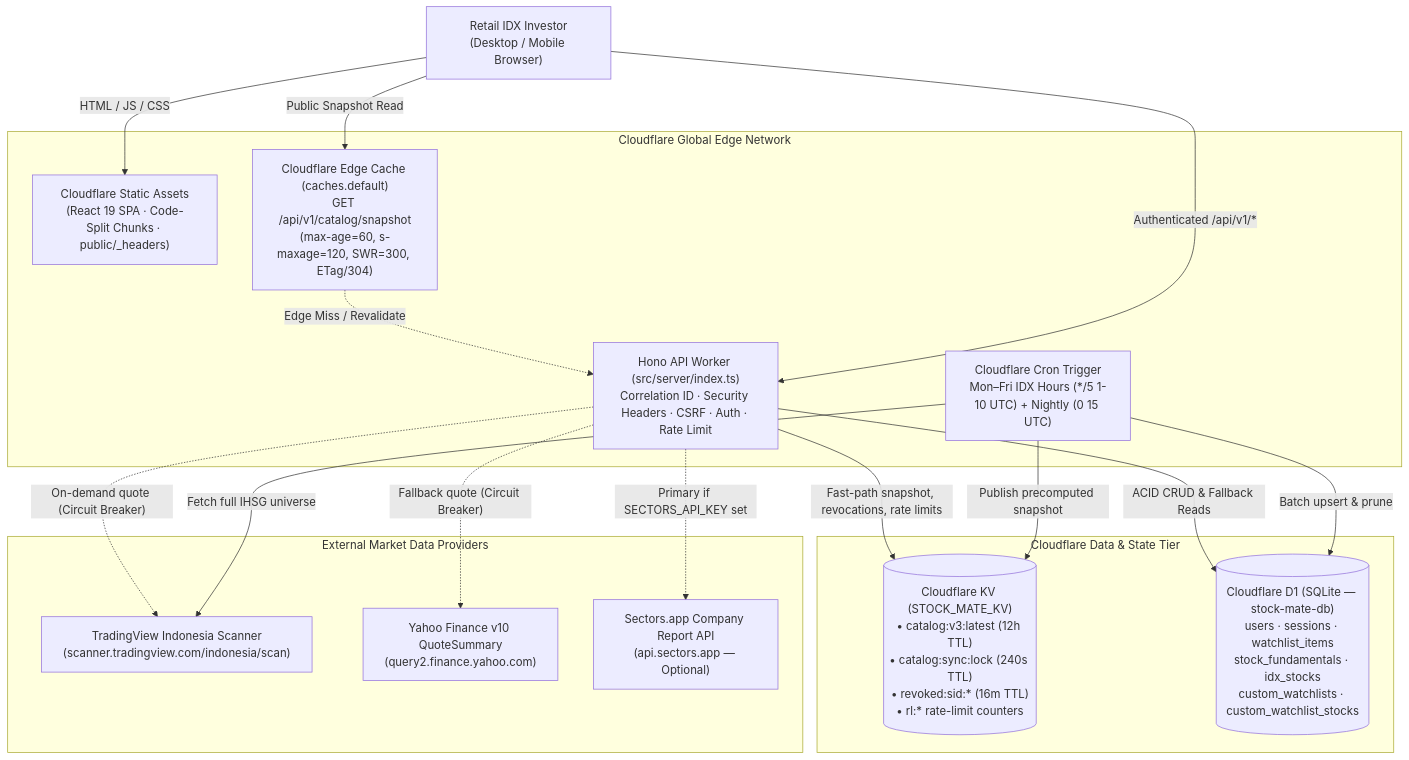
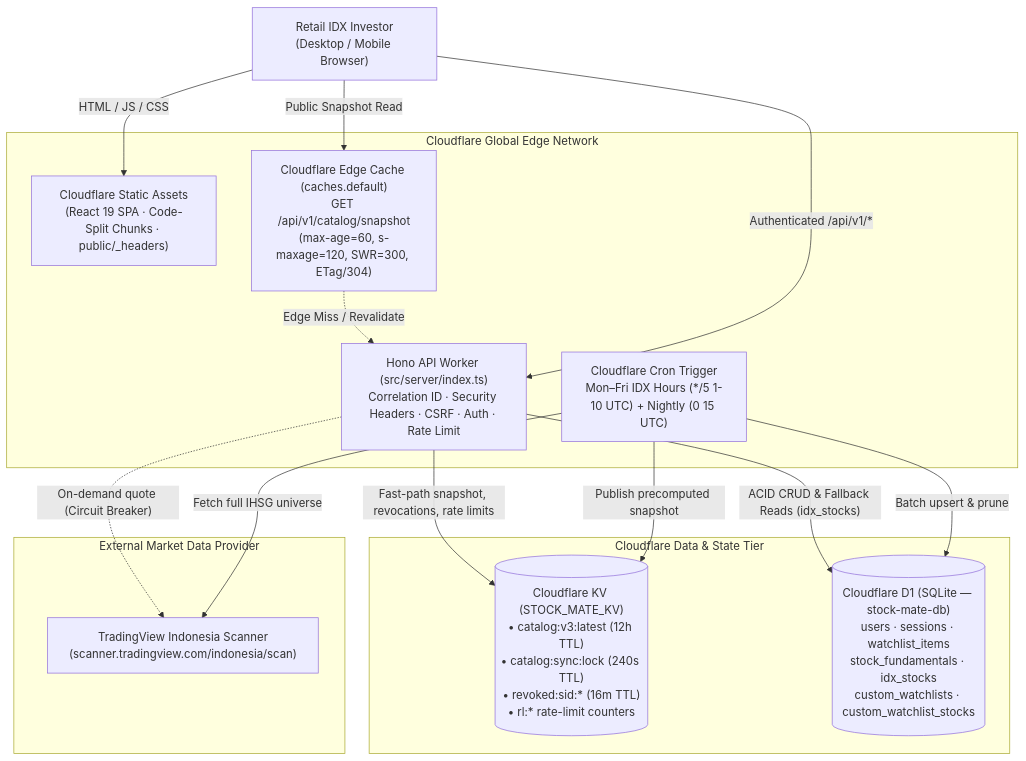
One commit to charlybutar21/stock-mate-v2 changed the first of 3 diagrams in docs/architecture.md. Above: the diagram before and after it, drawn with Mermaid. The commit also changed other lines of this file and 28 other files, not shown here.

Commit message:
refactor(market-data): use TradingView-only with D1 idx_stocks fallback

````diff
--- a/docs/architecture.md
+++ b/docs/architecture.md
@@ -40,35 +40,31 @@
 ```mermaid
 flowchart TB
     User["Retail IDX Investor<br/>(Desktop / Mobile Browser)"]
 
     subgraph CF["Cloudflare Global Edge Network"]
         Assets["Cloudflare Static Assets<br/>(React 19 SPA · Code-Split Chunks · public/_headers)"]
         EdgeCache["Cloudflare Edge Cache (caches.default)<br/>GET /api/v1/catalog/snapshot<br/>(max-age=60, s-maxage=120, SWR=300, ETag/304)"]
         Worker["Hono API Worker (src/server/index.ts)<br/>Correlation ID · Security Headers · CSRF · Auth · Rate Limit"]
         Cron["Cloudflare Cron Trigger<br/>Mon–Fri IDX Hours (*/5 1-10 UTC) + Nightly (0 15 UTC)"]
     end
 
     subgraph Storage["Cloudflare Data & State Tier"]
         KV[("Cloudflare KV (STOCK_MATE_KV)<br/>• catalog:v3:latest (12h TTL)<br/>• catalog:sync:lock (240s TTL)<br/>• revoked:sid:* (16m TTL)<br/>• rl:* rate-limit counters")]
         D1[("Cloudflare D1 (SQLite — stock-mate-db)<br/>users · sessions · watchlist_items<br/>stock_fundamentals · idx_stocks<br/>custom_watchlists · custom_watchlist_stocks")]
     end
 
-    subgraph External["External Market Data Providers"]
+    subgraph External["External Market Data Provider"]
         TV["TradingView Indonesia Scanner<br/>(scanner.tradingview.com/indonesia/scan)"]
-        YF["Yahoo Finance v10 QuoteSummary<br/>(query2.finance.yahoo.com)"]
-        SA["Sectors.app Company Report API<br/>(api.sectors.app — Optional)"]
     end
 
     User -->|"HTML / JS / CSS"| Assets
     User -->|"Public Snapshot Read"| EdgeCache
     EdgeCache -.->|"Edge Miss / Revalidate"| Worker
     User -->|"Authenticated /api/v1/*"| Worker
     Worker -->|"Fast-path snapshot, revocations, rate limits"| KV
-    Worker -->|"ACID CRUD & Fallback Reads"| D1
+    Worker -->|"ACID CRUD & Fallback Reads (idx_stocks)"| D1
     Worker -.->|"On-demand quote (Circuit Breaker)"| TV
-    Worker -.->|"Fallback quote (Circuit Breaker)"| YF
-    Worker -.->|"Primary if SECTORS_API_KEY set"| SA
     Cron -->|"Fetch full IHSG universe"| TV
     Cron -->|"Batch upsert & prune"| D1
     Cron -->|"Publish precomputed snapshot"| KV
 ```
````
